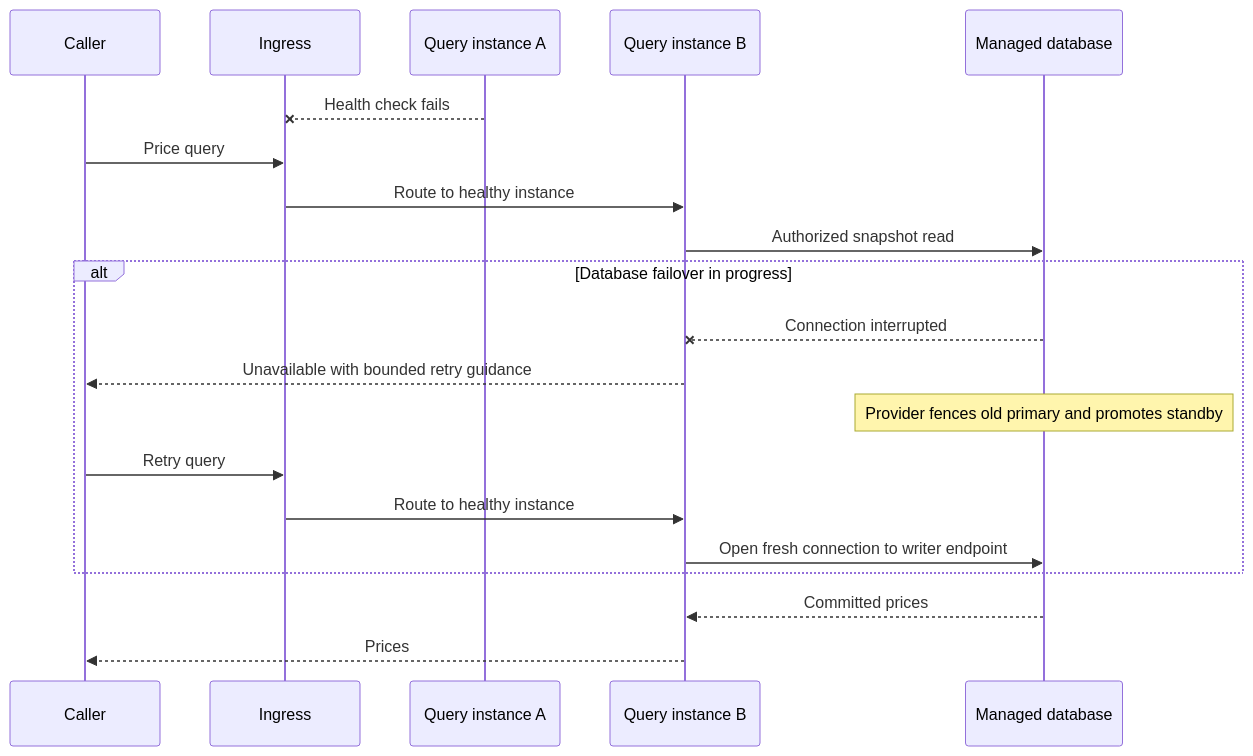
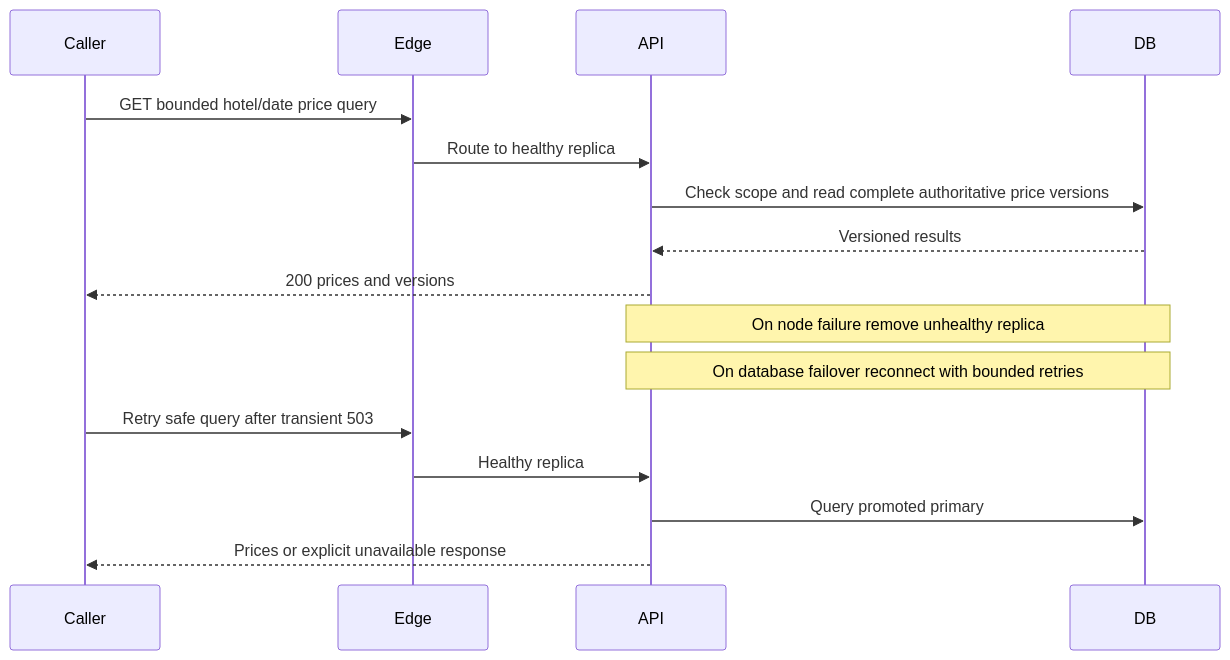
One commit to yoona96/ADD_Codex changed diagram 11 of 13 in HPS/design/architecture.md. Above: the diagram before and after it, drawn with Mermaid. The commit also changed other lines of this file and 13 other files, not shown here.

````diff
--- a/HPS/design/architecture.md
+++ b/HPS/design/architecture.md
@@ -431,22 +353,18 @@
 ```mermaid
 sequenceDiagram
     participant Caller
-    participant Edge as Ingress
-    participant Q1 as Query instance A
-    participant Q2 as Query instance B
-    participant DB as Managed database
-    Q1--xEdge: Health check fails
-    Caller->>Edge: Price query
-    Edge->>Q2: Route to healthy instance
-    Q2->>DB: Authorized snapshot read
-    alt Database failover in progress
-        DB--xQ2: Connection interrupted
-        Q2-->>Caller: Unavailable with bounded retry guidance
-        Note over DB: Provider fences old primary and promotes standby
-        Caller->>Edge: Retry query
-        Edge->>Q2: Route to healthy instance
-        Q2->>DB: Open fresh connection to writer endpoint
-    end
-    DB-->>Q2: Committed prices
-    Q2-->>Caller: Prices
+    participant Edge
+    participant API
+    participant DB
+    Caller->>Edge: GET bounded hotel/date price query
+    Edge->>API: Route to healthy replica
+    API->>DB: Check scope and read complete authoritative price versions
+    DB-->>API: Versioned results
+    API-->>Caller: 200 prices and versions
+    Note over API,DB: On node failure remove unhealthy replica
+    Note over API,DB: On database failover reconnect with bounded retries
+    Caller->>Edge: Retry safe query after transient 503
+    Edge->>API: Healthy replica
+    API->>DB: Query promoted primary
+    API-->>Caller: Prices or explicit unavailable response
 ```
````
